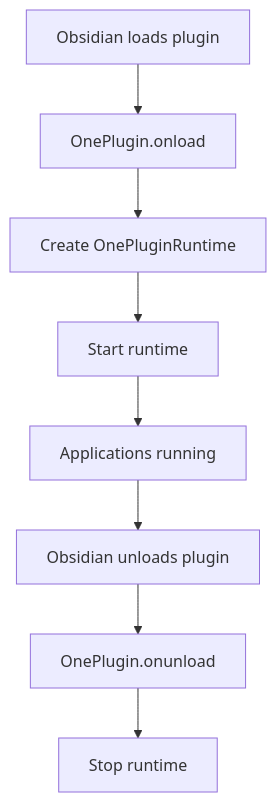
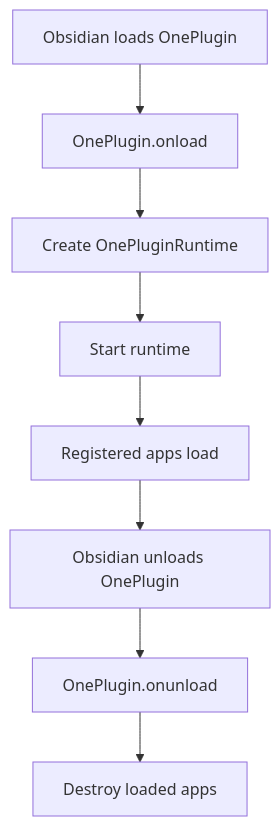
The first of 2 diagrams in docs/dev/Architecture/PLUGIN.md (Akkiraj1234/one-plugin), drawn with Mermaid before and after one commit. The commit also changed other lines of this file and 7 other files, not shown here.

````diff
--- a/docs/dev/Architecture/PLUGIN.md
+++ b/docs/dev/Architecture/PLUGIN.md
@@ -34,10 +24,10 @@
 ```mermaid
 flowchart TD
-    A[Obsidian loads plugin] --> B[OnePlugin.onload]
+    A[Obsidian loads OnePlugin] --> B[OnePlugin.onload]
     B --> C[Create OnePluginRuntime]
     C --> D[Start runtime]
-    D --> E[Applications running]
-    E --> F[Obsidian unloads plugin]
+    D --> E[Registered apps load]
+    E --> F[Obsidian unloads OnePlugin]
     F --> G[OnePlugin.onunload]
-    G --> H[Stop runtime]
+    G --> H[Destroy loaded apps]
 ```
````
